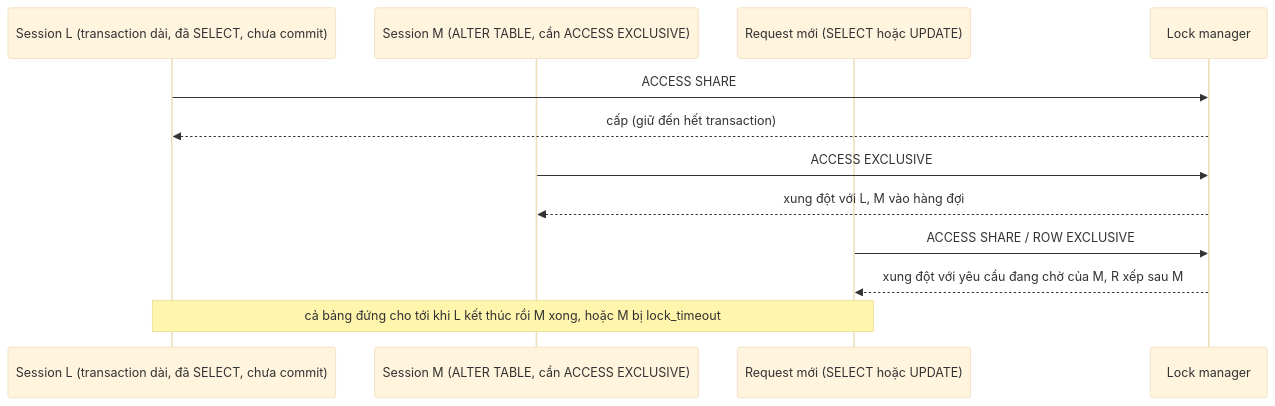
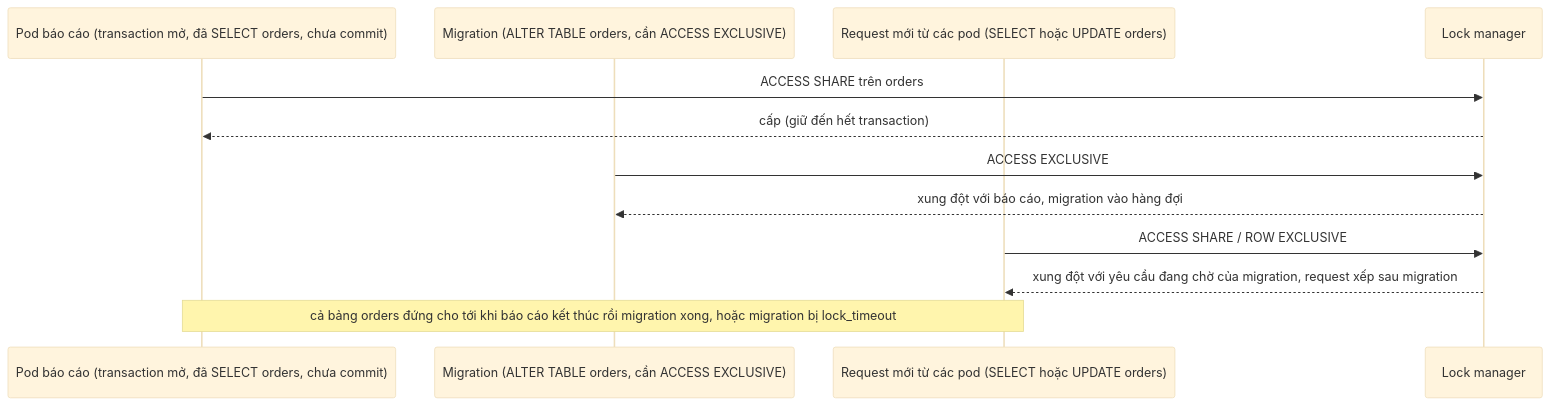
One commit to pirumu/irust changed the fifth of 6 diagrams in docs/12-he-thong-du-lieu/15-postgresql-ben-trong.md. Above: the diagram before and after it, drawn with Mermaid (base theme). The commit also changed other lines of this file and 15 other files, not shown here.

````diff
--- a/docs/12-he-thong-du-lieu/15-postgresql-ben-trong.md
+++ b/docs/12-he-thong-du-lieu/15-postgresql-ben-trong.md
@@ -393,14 +430,14 @@
 ```mermaid
 sequenceDiagram
-  participant L as Session L (transaction dài, đã SELECT, chưa commit)
-  participant M as Session M (ALTER TABLE, cần ACCESS EXCLUSIVE)
-  participant R as Request mới (SELECT hoặc UPDATE)
+  participant L as Pod báo cáo (transaction mở, đã SELECT orders, chưa commit)
+  participant M as Migration (ALTER TABLE orders, cần ACCESS EXCLUSIVE)
+  participant R as Request mới từ các pod (SELECT hoặc UPDATE orders)
   participant LM as Lock manager
-  L->>LM: ACCESS SHARE
+  L->>LM: ACCESS SHARE trên orders
   LM-->>L: cấp (giữ đến hết transaction)
   M->>LM: ACCESS EXCLUSIVE
-  LM-->>M: xung đột với L, M vào hàng đợi
+  LM-->>M: xung đột với báo cáo, migration vào hàng đợi
   R->>LM: ACCESS SHARE / ROW EXCLUSIVE
-  LM-->>R: xung đột với yêu cầu đang chờ của M, R xếp sau M
-  Note over L,R: cả bảng đứng cho tới khi L kết thúc rồi M xong, hoặc M bị lock_timeout
+  LM-->>R: xung đột với yêu cầu đang chờ của migration, request xếp sau migration
+  Note over L,R: cả bảng orders đứng cho tới khi báo cáo kết thúc rồi migration xong, hoặc migration bị lock_timeout
 ```
````
